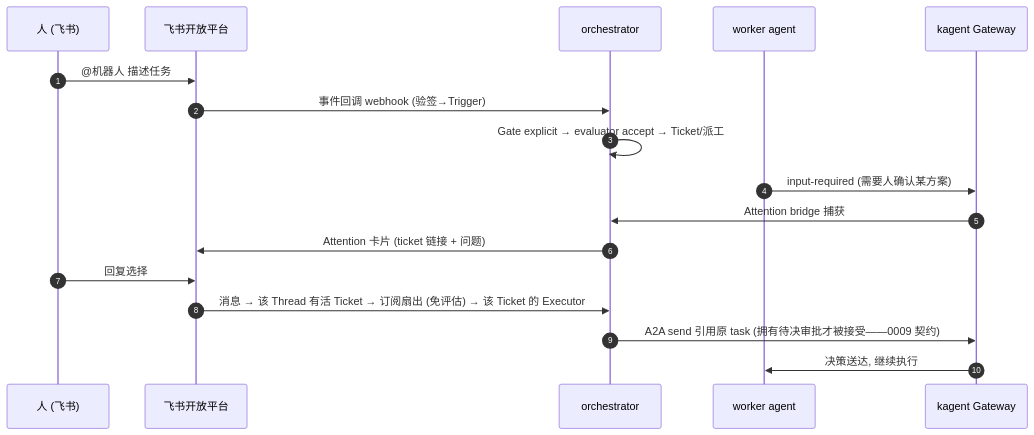
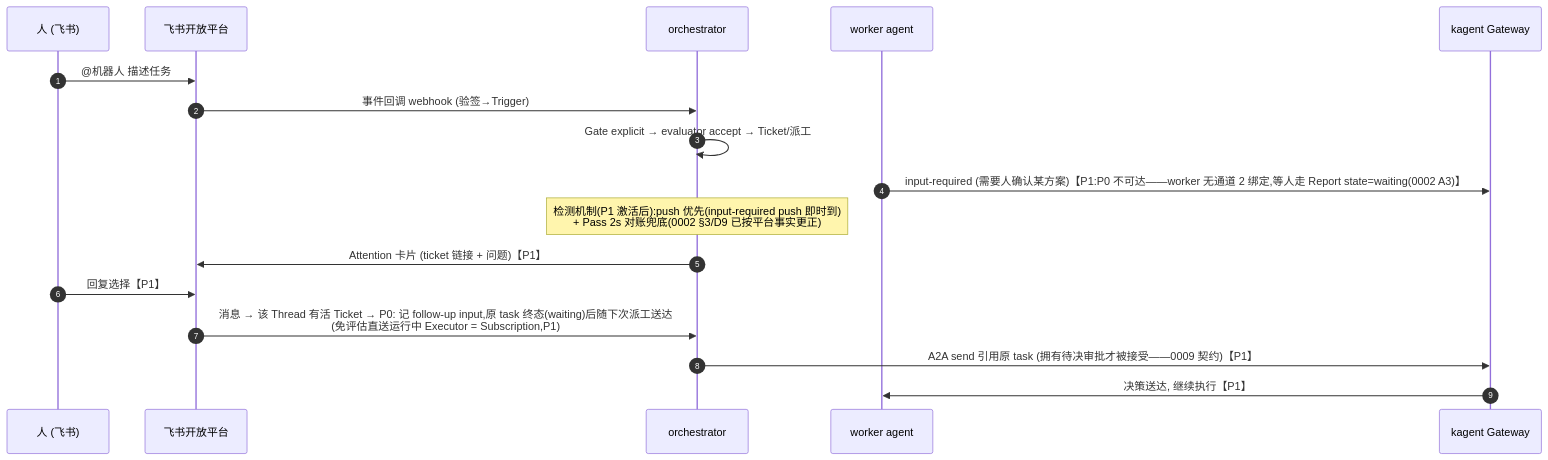
Before and after one commit to jerry-jibu/kagent: the third of 4 diagrams in docs/designs/0001-superagent-on-kagent-编排层设计.md, drawn with Mermaid. The commit also changed other lines of this file and 3 other files, not shown here.

````diff
--- a/docs/designs/0001-superagent-on-kagent-编排层设计.md
+++ b/docs/designs/0001-superagent-on-kagent-编排层设计.md
@@ -152,20 +170,20 @@
 ```mermaid
 sequenceDiagram
     autonumber
     participant U as 人 (飞书)
     participant FS as 飞书开放平台
     participant O as orchestrator
     participant WA as worker agent
     participant GW as kagent Gateway
 
     U->>FS: @机器人 描述任务
     FS->>O: 事件回调 webhook (验签→Trigger)
     O->>O: Gate explicit → evaluator accept → Ticket/派工
-    WA->>GW: input-required (需要人确认某方案)
-    GW->>O: Attention bridge 捕获
-    O->>FS: Attention 卡片 (ticket 链接 + 问题)
-    U->>FS: 回复选择
-    FS->>O: 消息 → 该 Thread 有活 Ticket → 订阅扇出 (免评估) → 该 Ticket 的 Executor
-    O->>GW: A2A send 引用原 task (拥有待决审批才被接受——0009 契约)
-    GW->>WA: 决策送达, 继续执行
+    WA->>GW: input-required (需要人确认某方案)【P1:P0 不可达——worker 无通道 2 绑定,等人走 Report state=waiting(0002 A3)】
+    Note over O: 检测机制(P1 激活后):push 优先(input-required push 即时到)<br/>+ Pass 2s 对账兜底(0002 §3/D9 已按平台事实更正)
+    O->>FS: Attention 卡片 (ticket 链接 + 问题)【P1】
+    U->>FS: 回复选择【P1】
+    FS->>O: 消息 → 该 Thread 有活 Ticket → P0: 记 follow-up input,原 task 终态(waiting)后随下次派工送达<br/>(免评估直送运行中 Executor = Subscription,P1)
+    O->>GW: A2A send 引用原 task (拥有待决审批才被接受——0009 契约)【P1】
+    GW->>WA: 决策送达, 继续执行【P1】
 ```
````
